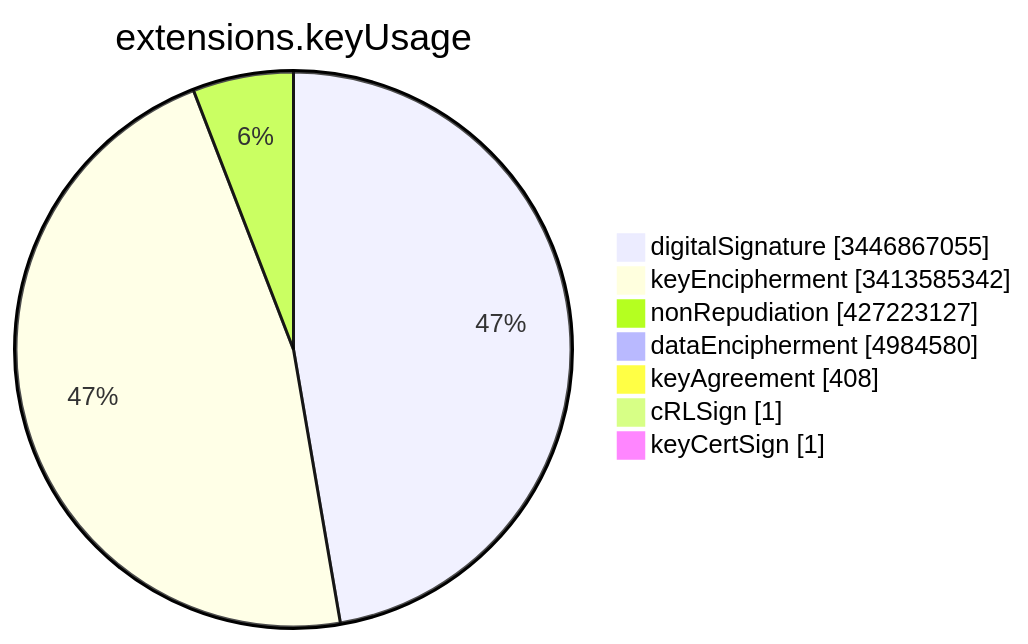
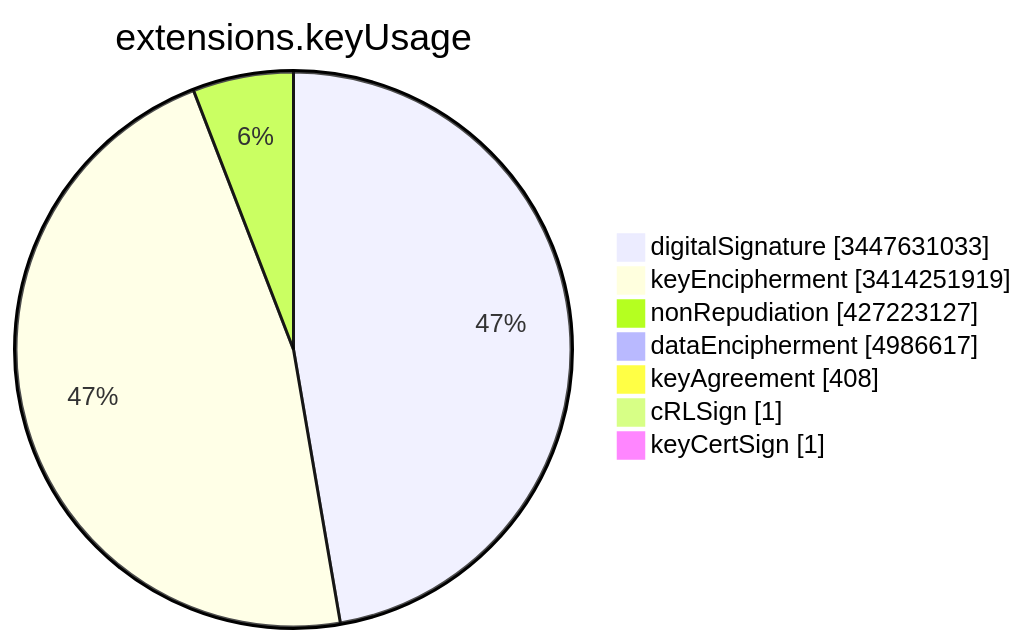
One commit to christiankrug/ctmonitor_visualization changed the sixth of 15 diagrams in TOTAL/README.md. Above: the diagram before and after it, drawn with Mermaid. The commit also changed other lines of this file, not shown here.

````diff
--- a/TOTAL/README.md
+++ b/TOTAL/README.md
@@ -3082,11 +3082,11 @@
 ```mermaid
 pie showData
 title extensions.keyUsage
-"digitalSignature" :3446867055
-"keyEncipherment" :3413585342
+"digitalSignature" :3447631033
+"keyEncipherment" :3414251919
 "nonRepudiation" :427223127
-"dataEncipherment" :4984580
+"dataEncipherment" :4986617
 "keyAgreement" :408
 "cRLSign" :1
 "keyCertSign" :1
 ```
````
